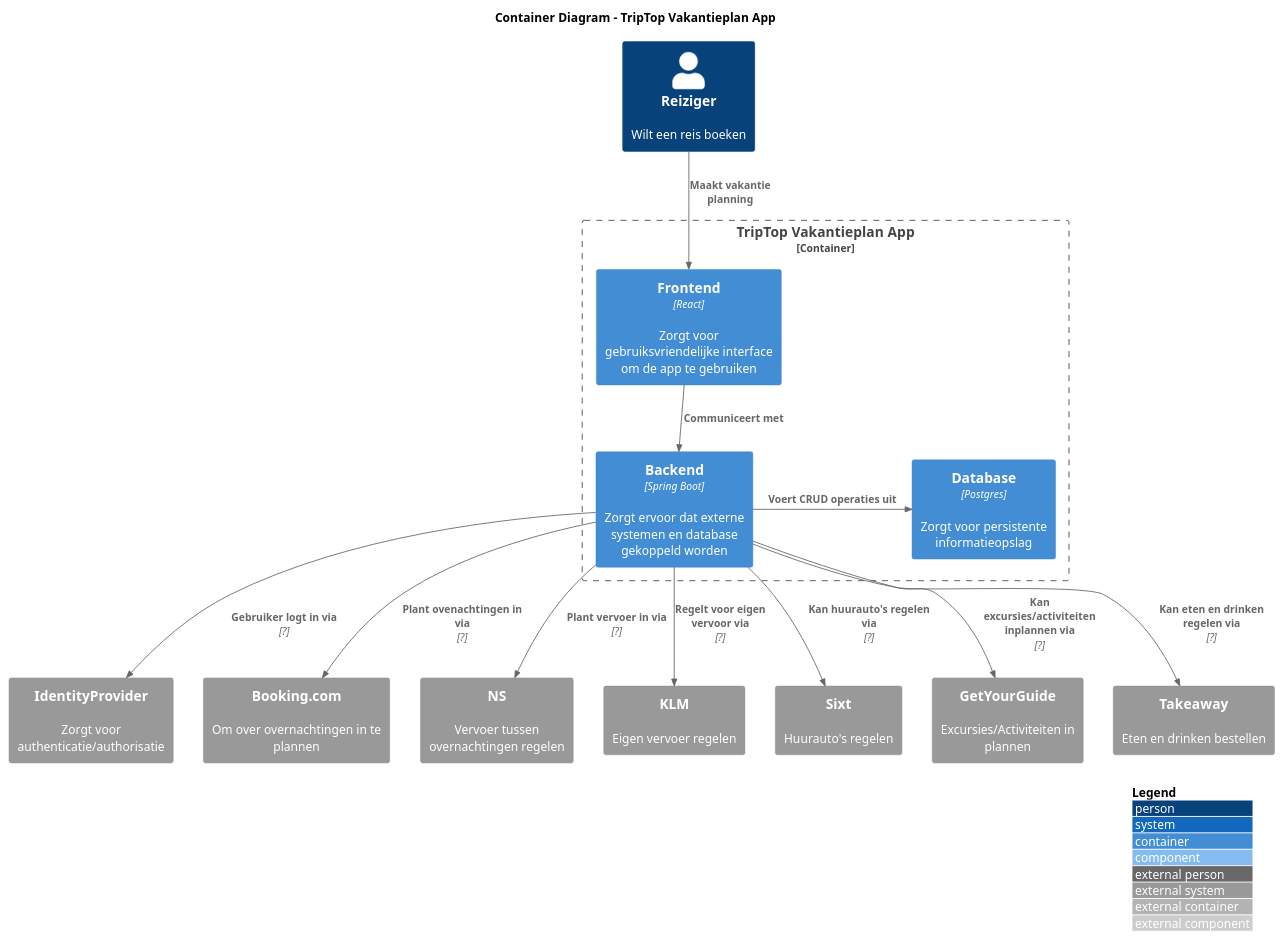
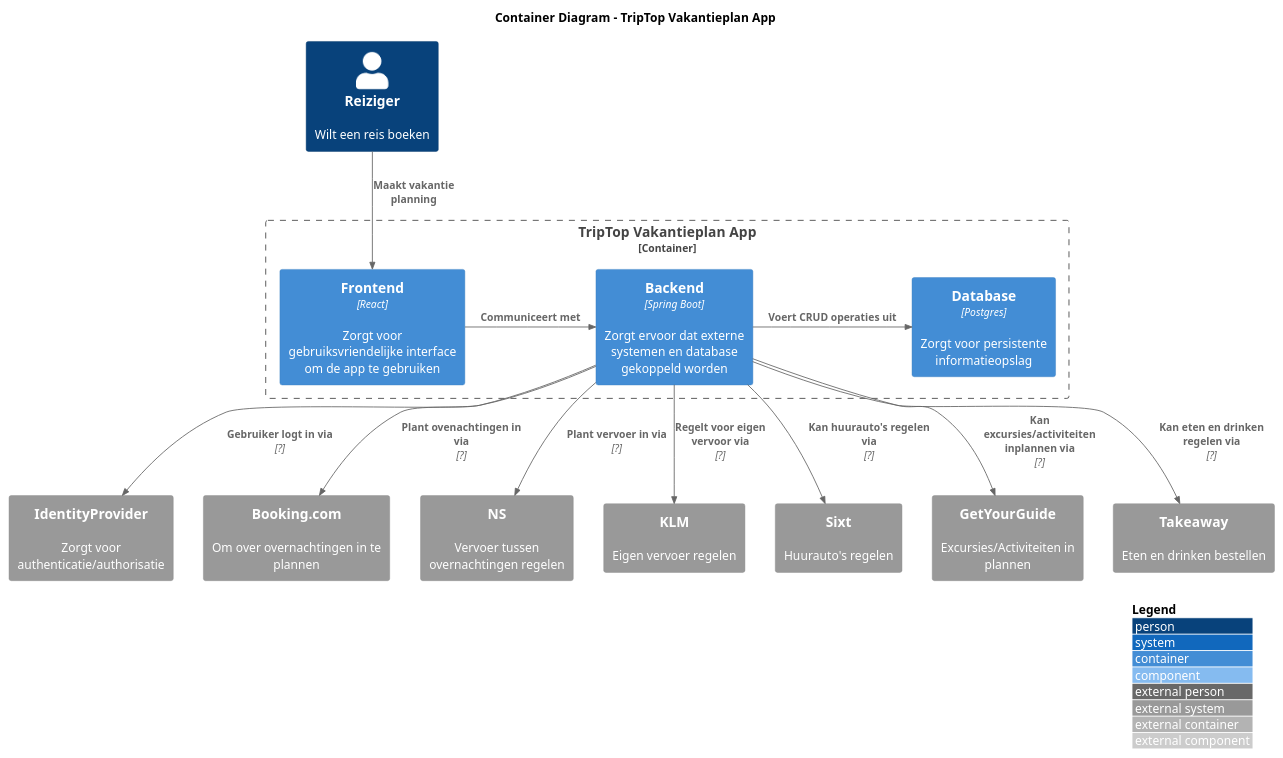
The diagram in opdracht-diagrammen/container_diagram_ramon.puml (AIM-ENE-feb25/triptop-groep-3-pedro-ramon-mees), drawn with PlantUML before and after one commit.

Commit message:
modified:   container_diagram_ramon.puml

```diff
--- a/opdracht-diagrammen/container_diagram_ramon.puml
+++ b/opdracht-diagrammen/container_diagram_ramon.puml
@@ -1,39 +1,39 @@
 @startuml container_diagram_ramon
 
 !include https://raw.githubusercontent.com/plantuml-stdlib/C4-PlantUML/master/C4_Component.puml
 
 title Container Diagram - TripTop Vakantieplan App
 
 Person(reiziger, "Reiziger", "Wilt een reis boeken")
 
 Container_Boundary(boundary, "TripTop Vakantieplan App") {
     Container(frontend, "Frontend", "React",       "Zorgt voor gebruiksvriendelijke interface om de app te gebruiken")
     Container(backend,  "Backend",  "Spring Boot", "Zorgt ervoor dat externe systemen en database gekoppeld worden")
     Container(db,       "Database", "Postgres",    "Zorgt voor persistente informatieopslag")
 }
  
 System_Ext(identityprovider, "IdentityProvider", "Zorgt voor authenticatie/authorisatie")
 System_Ext(booking,          "Booking.com",      "Om over overnachtingen in te plannen")
 System_Ext(ns,               "NS",               "Vervoer tussen overnachtingen regelen")
 System_Ext(klm,              "KLM",              "Eigen vervoer regelen")
 System_Ext(sixt,             "Sixt",             "Huurauto's regelen")
 System_Ext(gyg,              "GetYourGuide",     "Excursies/Activiteiten in plannen")
 System_Ext(takeaway,         "Takeaway",         "Eten en drinken bestellen")
 
 Rel(reiziger, frontend, "Maakt vakantie planning")
 
-Rel(frontend, backend, "Communiceert met")
+Rel_R(frontend, backend, "Communiceert met")
 Rel_R(backend, db, "Voert CRUD operaties uit")
 
 Rel(backend, identityprovider, "Gebruiker logt in via",                    "?")
 Rel(backend, booking,          "Plant ovenachtingen in via",               "?")
 Rel(backend, ns,               "Plant vervoer in via",                     "?")
 Rel(backend, klm,              "Regelt voor eigen vervoor via",            "?")
 Rel(backend, sixt,             "Kan huurauto's regelen via",               "?")
 Rel(backend, gyg,              "Kan excursies/activiteiten inplannen via", "?")
 Rel(backend, takeaway,         "Kan eten en drinken regelen via",          "?")
 
 SHOW_LEGEND(true)
 LAYOUT_WITH_LEGEND()
 
 @enduml
```
